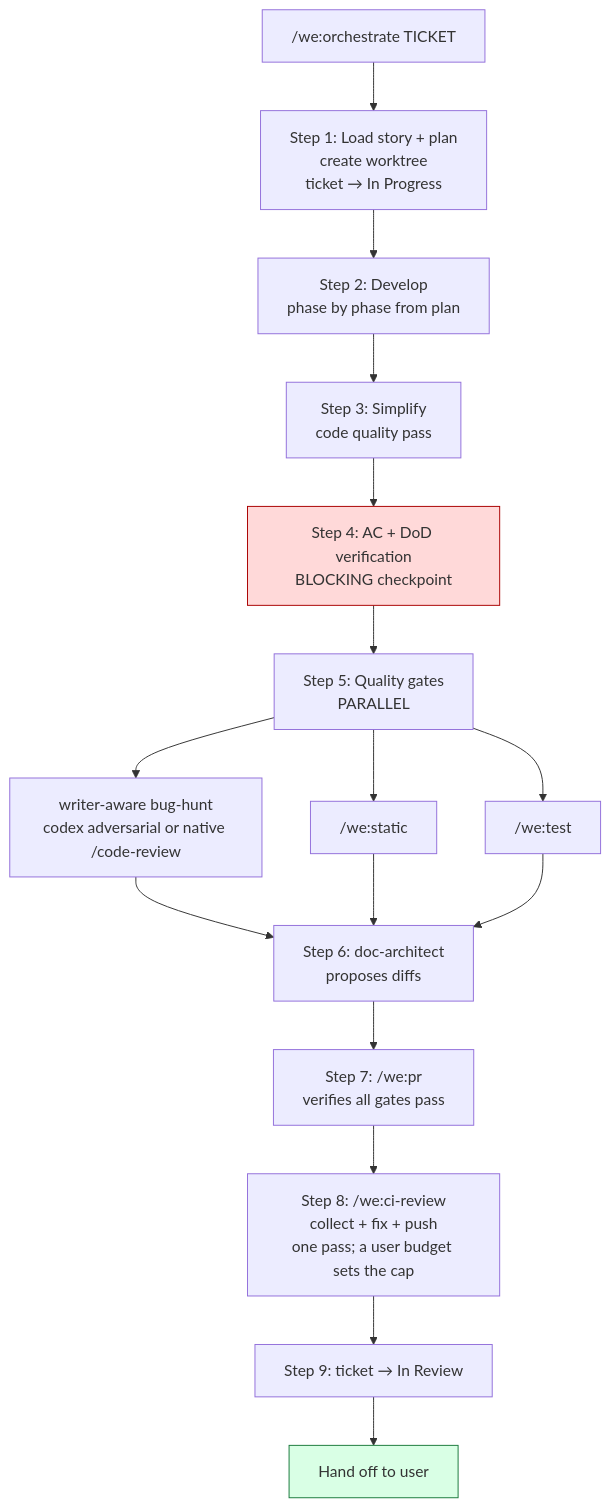
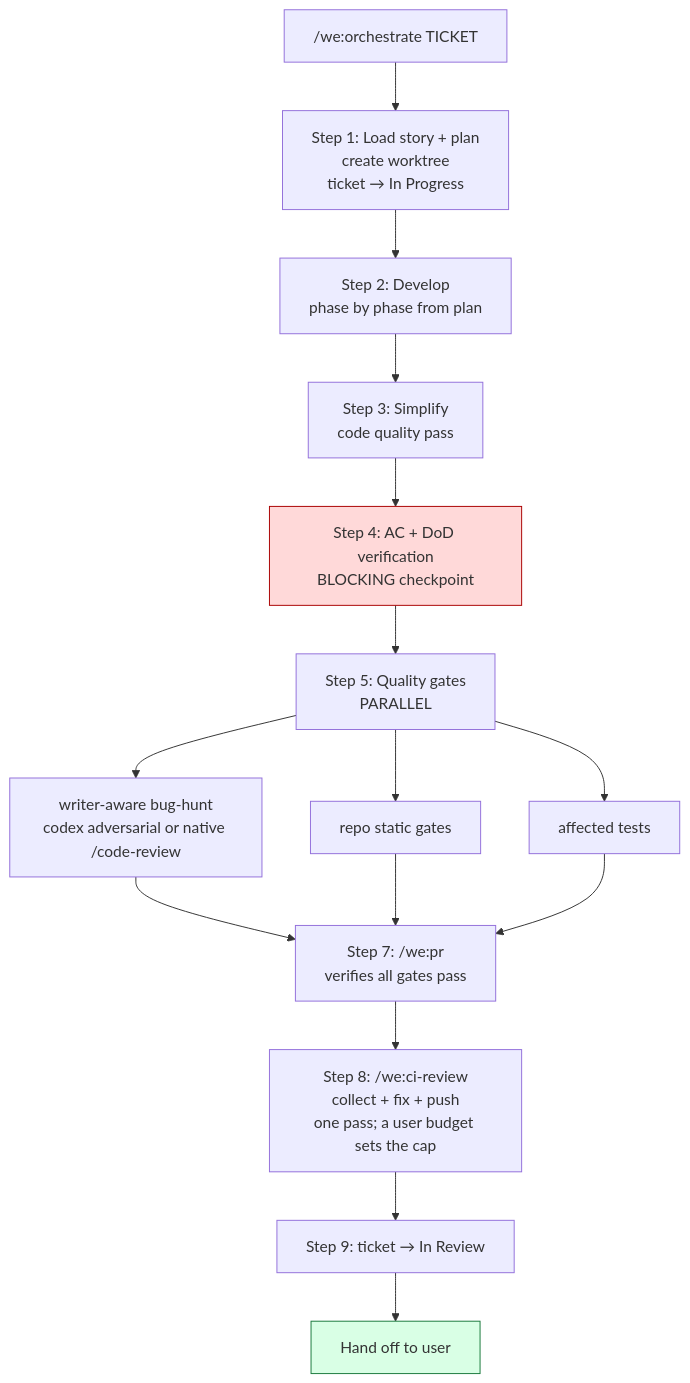
Before and after one commit to weside-ai/claude-code-plugin: the second of 4 diagrams in docs/workflow.md, drawn with Mermaid. The commit also changed other lines of this file and 25 other files, not shown here.

````diff
--- a/docs/workflow.md
+++ b/docs/workflow.md
@@ -81,19 +81,18 @@
 ```mermaid
 flowchart TB
     Start["/we:orchestrate TICKET"] --> DoR[Step 1: Load story + plan<br/>create worktree<br/>ticket → In Progress]
     DoR --> Dev[Step 2: Develop<br/>phase by phase from plan]
     Dev --> Simp[Step 3: Simplify<br/>code quality pass]
     Simp --> AC[Step 4: AC + DoD verification<br/>BLOCKING checkpoint]
     AC --> Gates[Step 5: Quality gates<br/>PARALLEL]
     Gates --> Review["writer-aware bug-hunt<br/>codex adversarial or native /code-review"]
-    Gates --> Static["/we:static"]
-    Gates --> Test["/we:test"]
-    Review & Static & Test --> Docs[Step 6: doc-architect<br/>proposes diffs]
-    Docs --> PR[Step 7: /we:pr<br/>verifies all gates pass]
+    Gates --> Static["repo static gates"]
+    Gates --> Test["affected tests"]
+    Review & Static & Test --> PR[Step 7: /we:pr<br/>verifies all gates pass]
     PR --> CI[Step 8: /we:ci-review<br/>collect + fix + push<br/>one pass; a user budget sets the cap]
     CI --> Verify[Step 9: ticket → In Review]
     Verify --> Hand[Hand off to user]
 
     style AC fill:#ffd9d9,stroke:#aa0000
     style Hand fill:#d9ffe5,stroke:#1a7a3c
 ```
````
